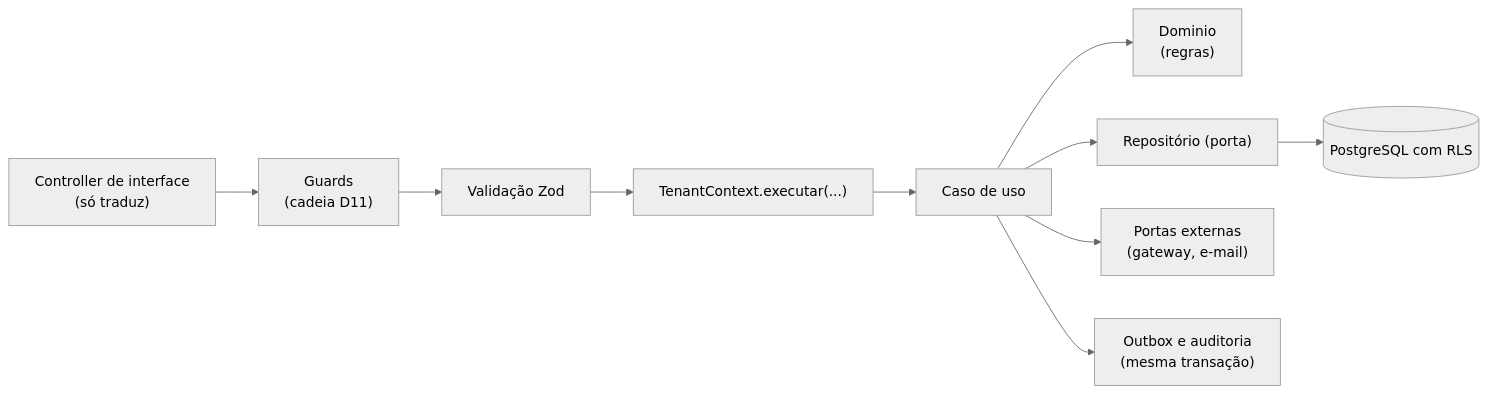
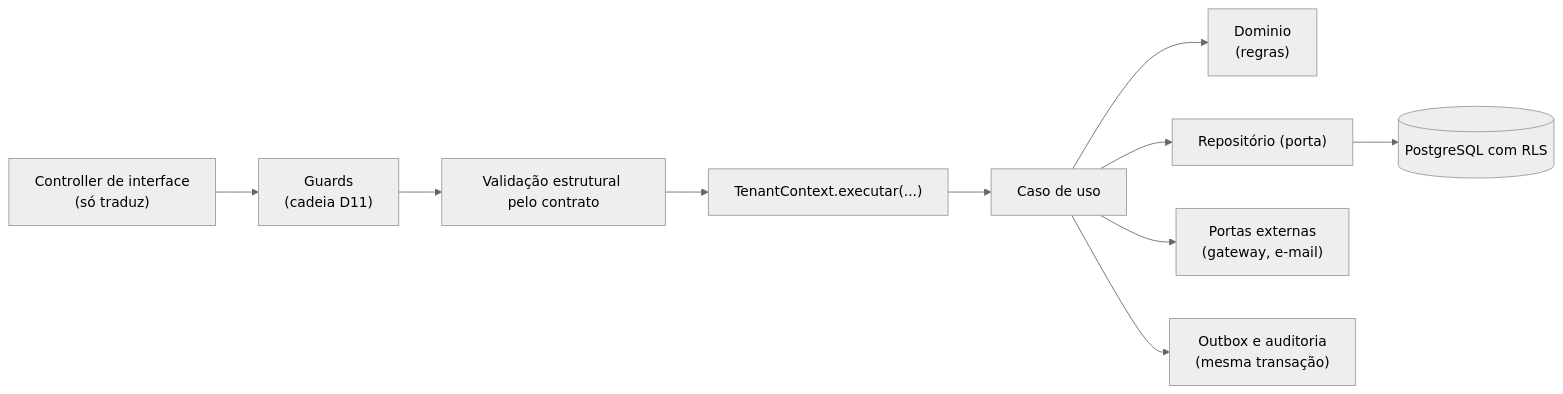
One commit to pedrolems/CondomiFacil changed the second of 3 diagrams in docs/05-backend/01-backend.md. Above: the diagram before and after it, drawn with Mermaid (neutral theme). The commit also changed other lines of this file and 17 other files, not shown here.

````diff
--- a/docs/05-backend/01-backend.md
+++ b/docs/05-backend/01-backend.md
@@ -263,12 +263,12 @@
 ```mermaid
 flowchart LR
     C["Controller de interface<br/>(só traduz)"] --> G["Guards<br/>(cadeia D11)"]
-    G --> V["Validação Zod"]
+    G --> V["Validação estrutural pelo contrato"]
     V --> T["TenantContext.executar(...)"]
     T --> U["Caso de uso"]
     U --> D["Dominio<br/>(regras)"]
     U --> R["Repositório (porta)"]
     U --> P["Portas externas<br/>(gateway, e-mail)"]
     U --> O["Outbox e auditoria<br/>(mesma transação)"]
     R --> DB[("PostgreSQL com RLS")]
 ```
````
